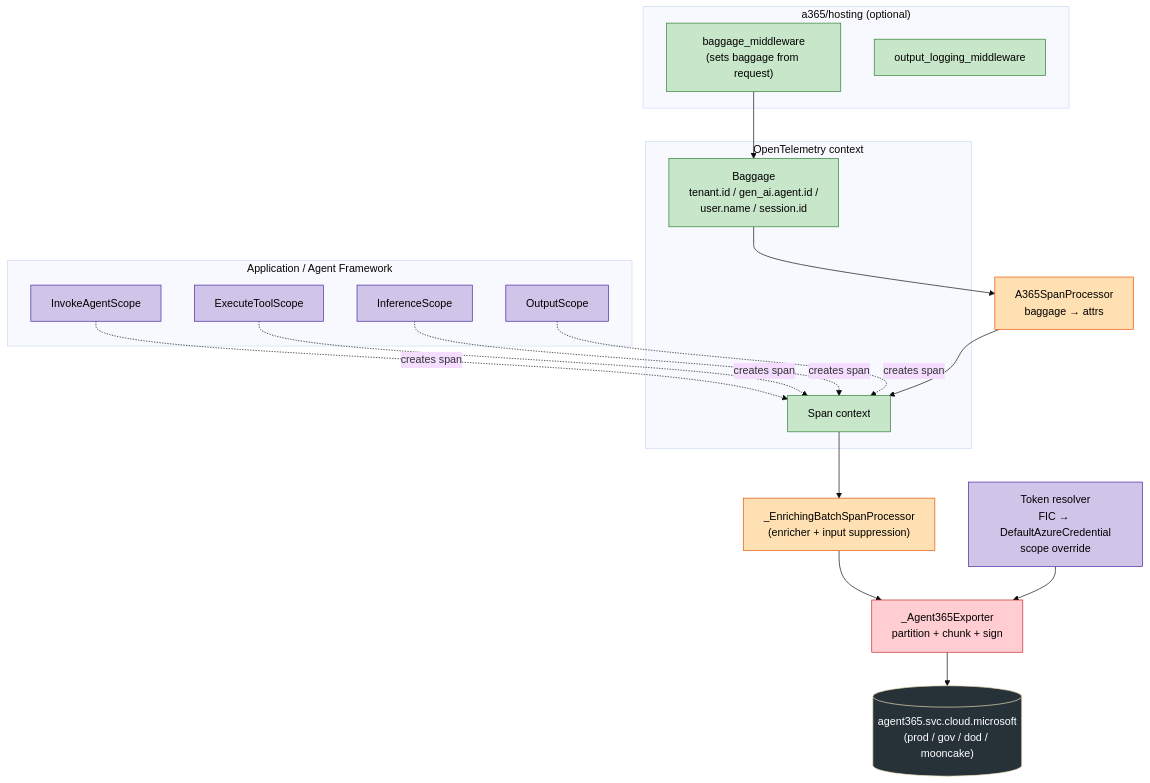
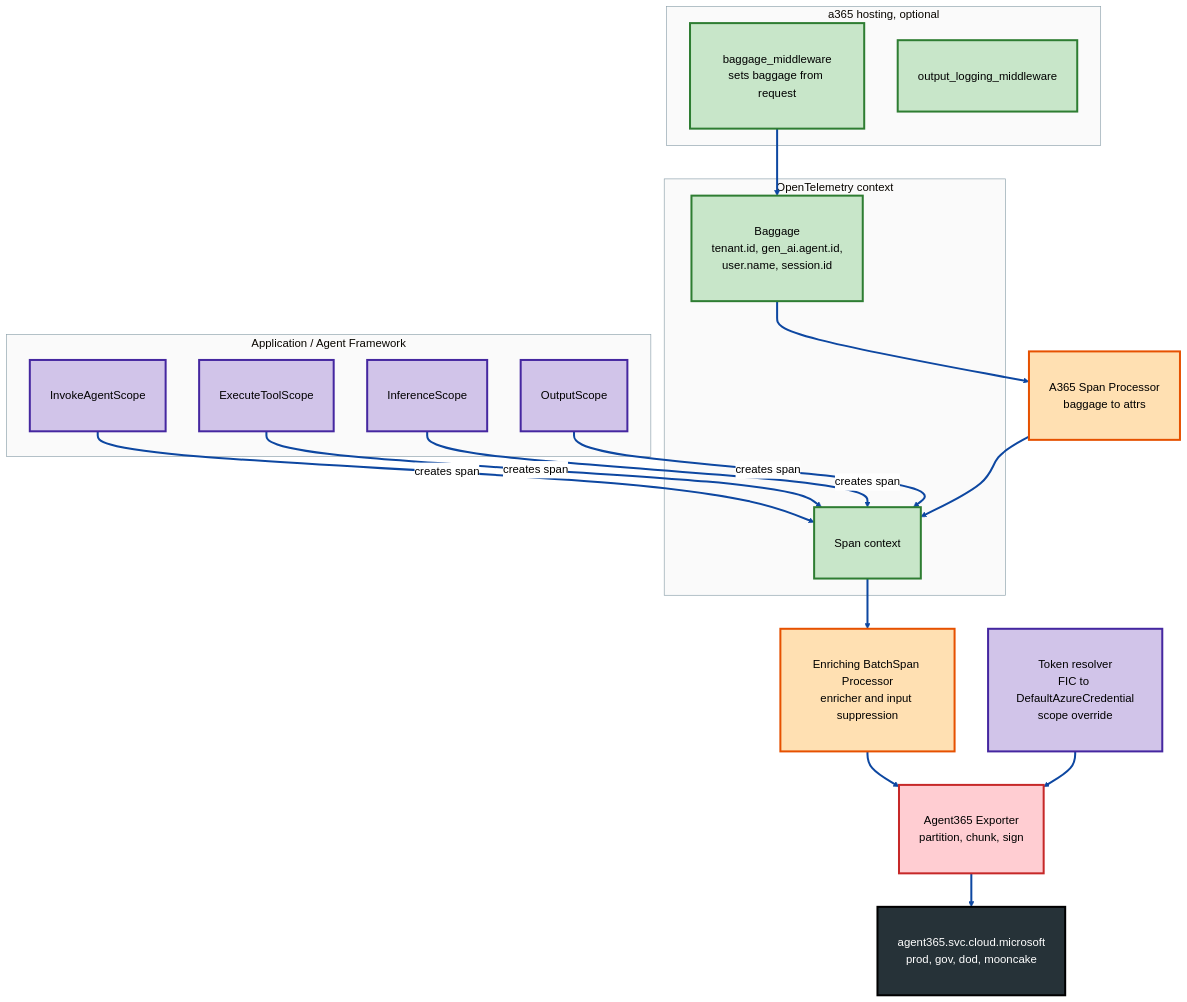
Before and after one commit to ganga1980/opentelemetry-distro-python: the fifth of 10 diagrams in Architecture.md, drawn with Mermaid. The commit also changed other lines of this file, not shown here.

````diff
--- a/Architecture.md
+++ b/Architecture.md
@@ -385,44 +417,49 @@
 ```mermaid
-%%{init:{'theme':'base','themeVariables':{'fontFamily':'Segoe UI'}}}%%
+%%{init: {"theme":"base","themeVariables":{"fontFamily":"Segoe UI","fontSize":"17px","lineColor":"#0D47A1","edgeLabelBackground":"#FFFFFF","primaryTextColor":"#000000","clusterBkg":"#FAFAFA","clusterBorder":"#90A4AE"}}}%%
 flowchart TB
-    classDef scope fill:#D1C4E9,stroke:#4527A0,color:#000
-    classDef proc fill:#FFE0B2,stroke:#E65100,color:#000
-    classDef exp fill:#FFCDD2,stroke:#C62828,color:#000
-    classDef ctx fill:#C8E6C9,stroke:#2E7D32,color:#000
-    classDef be fill:#263238,color:#FFF
+    classDef scope fill:#D1C4E9,stroke:#4527A0,stroke-width:3px,color:#000,font-size:17px,padding:12px
+    classDef proc fill:#FFE0B2,stroke:#E65100,stroke-width:3px,color:#000,font-size:17px,padding:12px
+    classDef exp fill:#FFCDD2,stroke:#C62828,stroke-width:3px,color:#000,font-size:17px,padding:12px
+    classDef ctx fill:#C8E6C9,stroke:#2E7D32,stroke-width:3px,color:#000,font-size:17px,padding:12px
+    classDef be fill:#263238,stroke:#000,stroke-width:3px,color:#FFF,font-size:17px,padding:12px
 
     subgraph AppCode ["Application / Agent Framework"]
       Invoke["InvokeAgentScope"]:::scope
       Tool["ExecuteToolScope"]:::scope
       Inf["InferenceScope"]:::scope
       Out["OutputScope"]:::scope
     end
 
     subgraph Context ["OpenTelemetry context"]
-      Bag["Baggage<br/>tenant.id / gen_ai.agent.id /<br/>user.name / session.id"]:::ctx
+      Bag["Baggage<br/>tenant.id, gen_ai.agent.id,<br/>user.name, session.id"]:::ctx
       Ctx["Span context"]:::ctx
     end
 
-    subgraph Hosting ["a365/hosting (optional)"]
-      BagMW["baggage_middleware<br/>(sets baggage from request)"]:::ctx
+    subgraph Hosting ["a365 hosting, optional"]
+      BagMW["baggage_middleware<br/>sets baggage from request"]:::ctx
       OutMW["output_logging_middleware"]:::ctx
     end
 
-    A365SP["A365SpanProcessor<br/>baggage → attrs"]:::proc
-    EBSP["_EnrichingBatchSpanProcessor<br/>(enricher + input suppression)"]:::proc
-    Exp["_Agent365Exporter<br/>partition + chunk + sign"]:::exp
+    A365SP["A365 Span Processor<br/>baggage to attrs"]:::proc
+    EBSP["Enriching BatchSpan Processor<br/>enricher and input suppression"]:::proc
+    Exp["Agent365 Exporter<br/>partition, chunk, sign"]:::exp
 
-    Tok["Token resolver<br/>FIC → DefaultAzureCredential<br/>scope override"]:::scope
+    Tok["Token resolver<br/>FIC to DefaultAzureCredential<br/>scope override"]:::scope
 
-    Endpoint[("agent365.svc.cloud.microsoft<br/>(prod / gov / dod / mooncake)")]:::be
+    Endpoint["agent365.svc.cloud.microsoft<br/>prod, gov, dod, mooncake"]:::be
 
-    BagMW --> Bag
-    Invoke -.creates span.-> Ctx
-    Tool -.creates span.-> Ctx
-    Inf -.creates span.-> Ctx
-    Out -.creates span.-> Ctx
+    BagMW ==> Bag
+    Invoke == creates span ==> Ctx
+    Tool == creates span ==> Ctx
+    Inf == creates span ==> Ctx
+    Out == creates span ==> Ctx
 
-    Bag --> A365SP --> Ctx
-    Ctx --> EBSP --> Exp --> Endpoint
-    Tok --> Exp
+    Bag ==> A365SP
+    A365SP ==> Ctx
+    Ctx ==> EBSP
+    EBSP ==> Exp
+    Exp ==> Endpoint
+    Tok ==> Exp
+
+    linkStyle default stroke:#0D47A1,stroke-width:3px,fill:none
 ```
````
